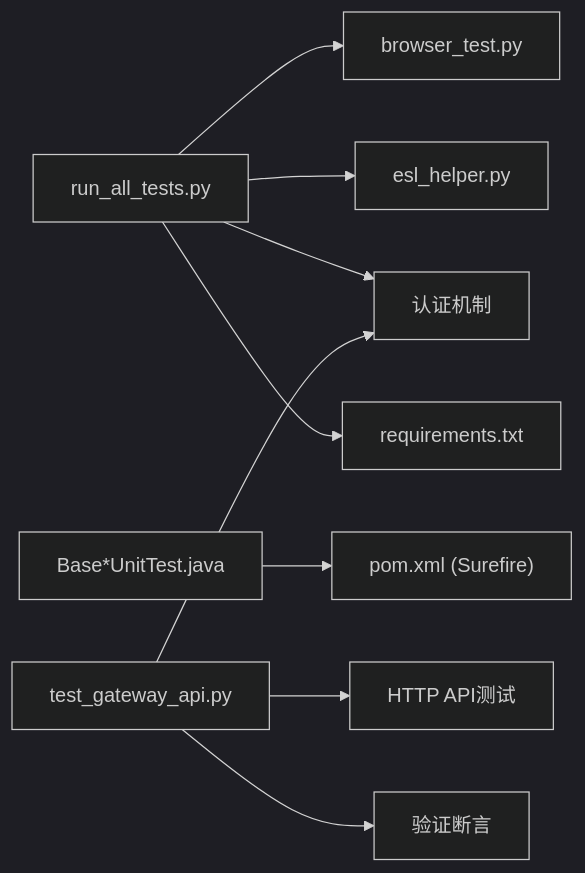
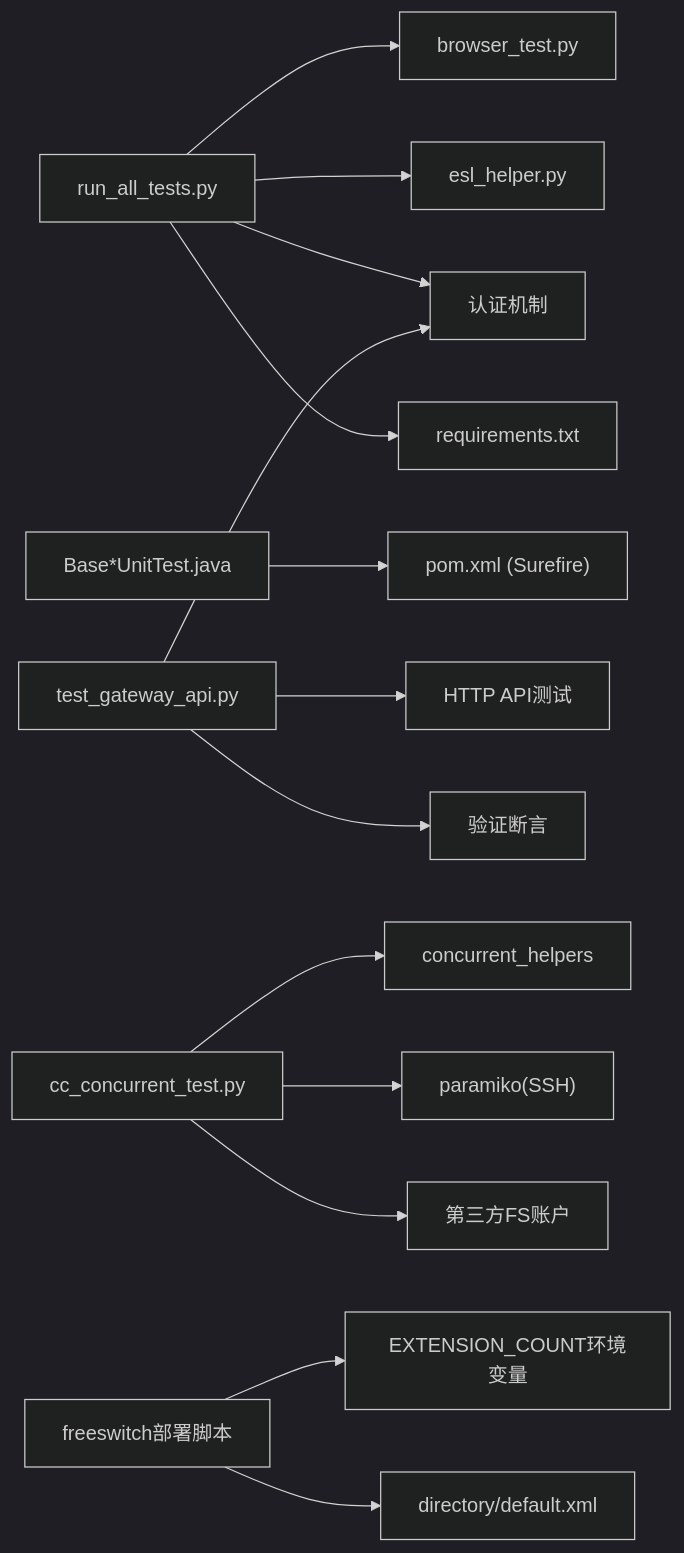
One commit to D2Moqi/open-ipcc changed the ninth of 9 diagrams in .qoder/repowiki/zh/content/测试与调试/测试与调试.md. Above: the diagram before and after it, drawn with Mermaid (dark theme). The commit also changed other lines of this file and 577 other files, not shown here.

````diff
--- a/.qoder/repowiki/zh/content/测试与调试/测试与调试.md
+++ b/.qoder/repowiki/zh/content/测试与调试/测试与调试.md
@@ -317,11 +446,16 @@
 ```mermaid
 graph LR
 R["run_all_tests.py"] --> B["browser_test.py"]
 R --> E["esl_helper.py"]
 R --> C["config.py"]
 R --> D["requirements.txt"]
 J["Base*UnitTest.java"] --> M["pom.xml (Surefire)"]
 T["test_gateway_api.py"] --> A["HTTP API测试"]
 T --> C["认证机制"]
 T --> V["验证断言"]
+CC["cc_concurrent_test.py"] --> CH["concurrent_helpers"]
+CC --> P["paramiko(SSH)"]
+CC --> TF["第三方FS账户"]
+DF["freeswitch部署脚本"] --> EC["EXTENSION_COUNT环境变量"]
+DF --> DC["directory/default.xml"]
 ```
````
